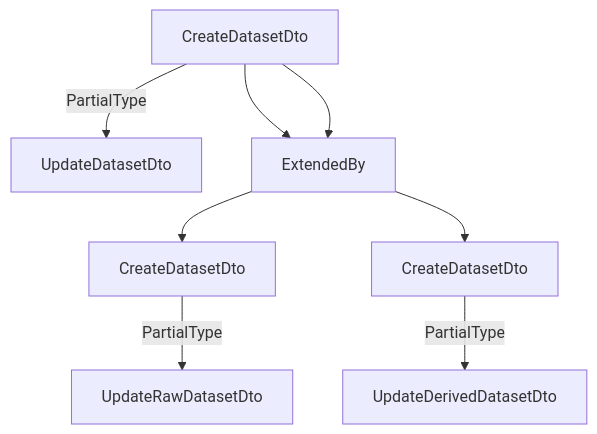
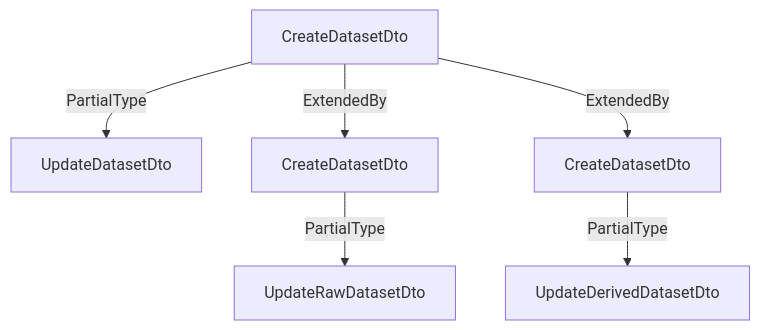
One commit to belfhi/scicat changed the diagram in backend-next/src/datasets/datasets.md. Above: the diagram before and after it, drawn with Mermaid.

````diff
--- a/backend-next/src/datasets/datasets.md
+++ b/backend-next/src/datasets/datasets.md
@@ -9,8 +9,8 @@
 ```mermaid
 flowchart TD
     A[CreateDatasetDto] -- PartialType --> B[UpdateDatasetDto]
-    A --> ExtendedBy --> C[CreateRawDatasetDto]
-    A --> ExtendedBy --> D[CreateDerivedDatasetDto]
+    A -- ExtendedBy --> C[CreateRawDatasetDto]
+    A -- ExtendedBy --> D[CreateDerivedDatasetDto]
     C[CreateDatasetDto] -- PartialType --> E[UpdateRawDatasetDto]
     D[CreateDatasetDto] -- PartialType --> F[UpdateDerivedDatasetDto]
 ```
````
